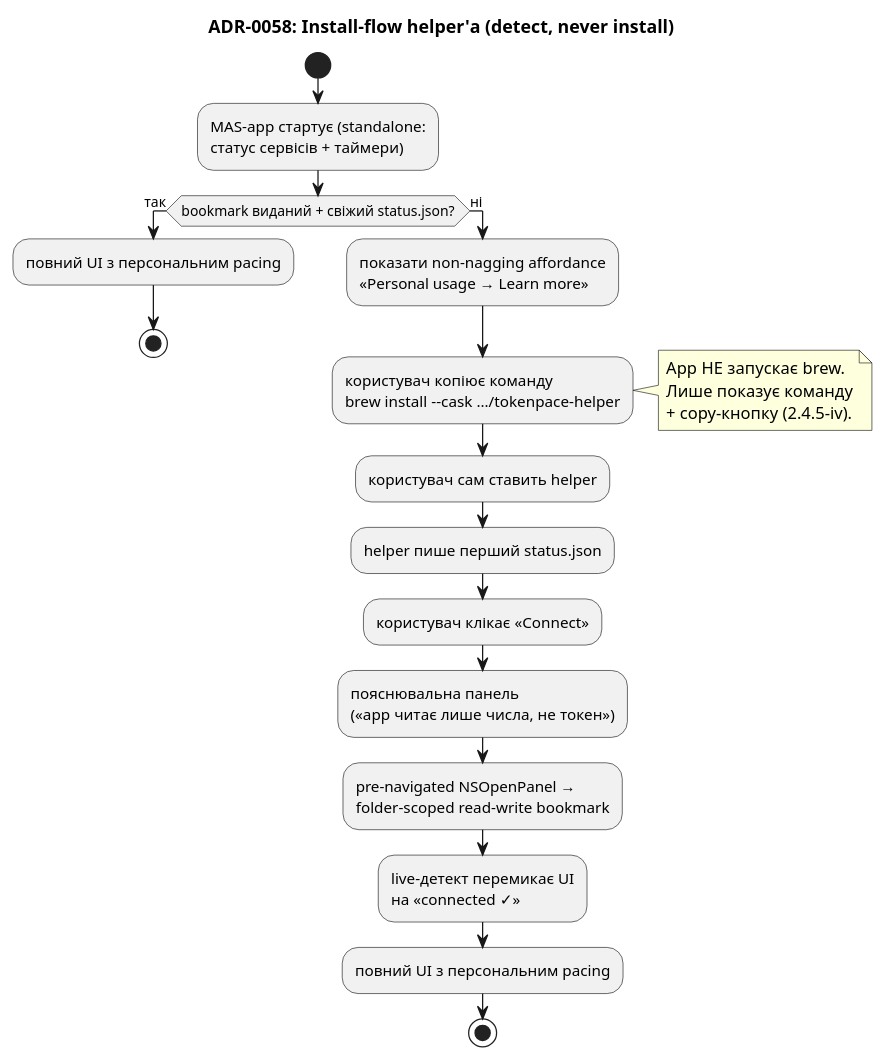
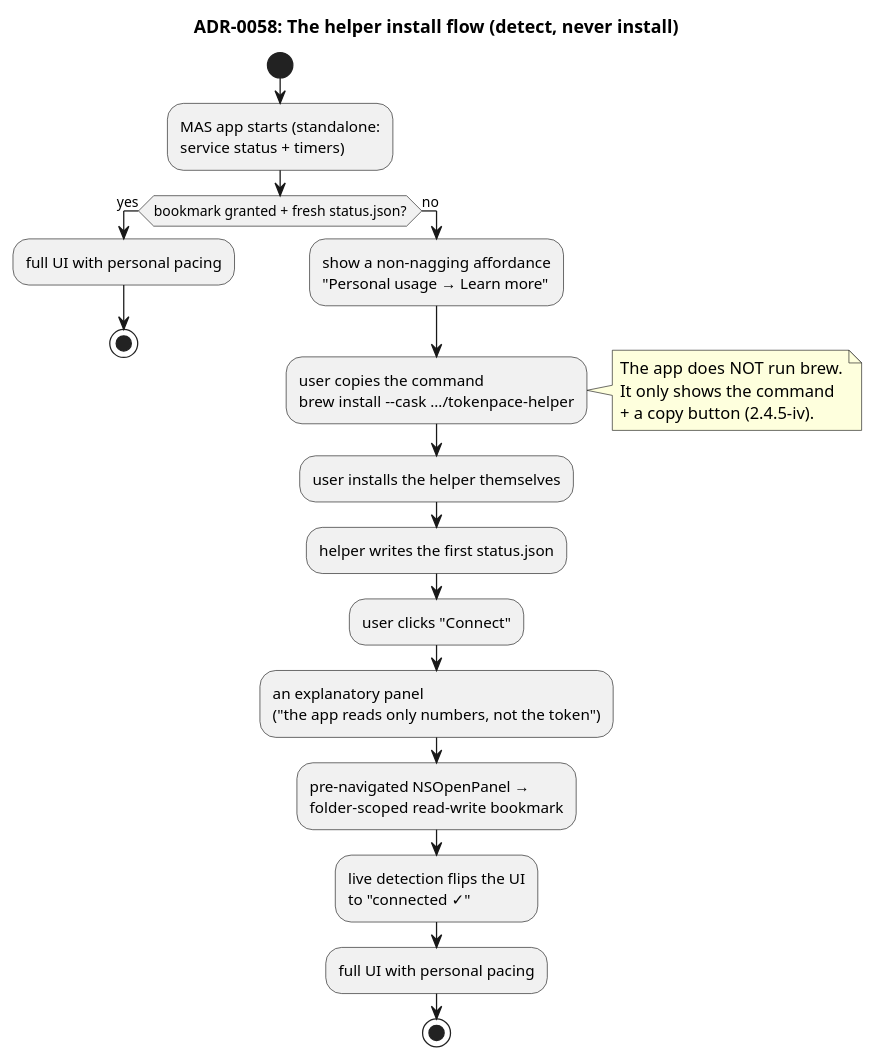
One commit to artem-from-ua/tokenpace changed the diagram in docs/adr/0058-helper-distribution-homebrew.md. Above: the diagram before and after it, drawn with PlantUML. The commit also changed other lines of this file and 116 other files, not shown here.

````diff
--- a/docs/adr/0058-helper-distribution-homebrew.md
+++ b/docs/adr/0058-helper-distribution-homebrew.md
@@ -33,27 +35,27 @@
 ```plantuml
 @startuml
-title ADR-0058: Install-flow helper'а (detect, never install)
+title ADR-0058: The helper install flow (detect, never install)
 start
-:MAS-app стартує (standalone:\nстатус сервісів + таймери);
-if (bookmark виданий + свіжий status.json?) then (так)
-  :повний UI з персональним pacing;
+:MAS app starts (standalone:\nservice status + timers);
+if (bookmark granted + fresh status.json?) then (yes)
+  :full UI with personal pacing;
   stop
-else (ні)
-  :показати non-nagging affordance\n«Personal usage → Learn more»;
-  :користувач копіює команду\nbrew install --cask …/tokenpace-helper;
+else (no)
+  :show a non-nagging affordance\n"Personal usage → Learn more";
+  :user copies the command\nbrew install --cask …/tokenpace-helper;
   note right
-    App НЕ запускає brew.
-    Лише показує команду
-    + copy-кнопку (2.4.5-iv).
+    The app does NOT run brew.
+    It only shows the command
+    + a copy button (2.4.5-iv).
   end note
-  :користувач сам ставить helper;
-  :helper пише перший status.json;
-  :користувач клікає «Connect»;
-  :пояснювальна панель\n(«app читає лише числа, не токен»);
+  :user installs the helper themselves;
+  :helper writes the first status.json;
+  :user clicks "Connect";
+  :an explanatory panel\n("the app reads only numbers, not the token");
   :pre-navigated NSOpenPanel →\nfolder-scoped read-write bookmark;
-  :live-детект перемикає UI\nна «connected ✓»;
-  :повний UI з персональним pacing;
+  :live detection flips the UI\nto "connected ✓";
+  :full UI with personal pacing;
   stop
 endif
 @enduml
 ```
````
